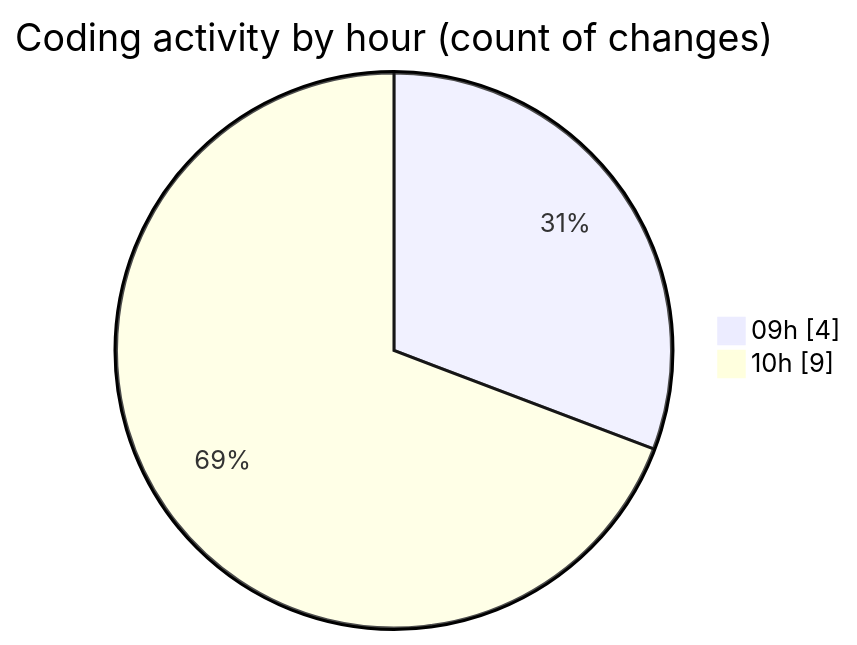
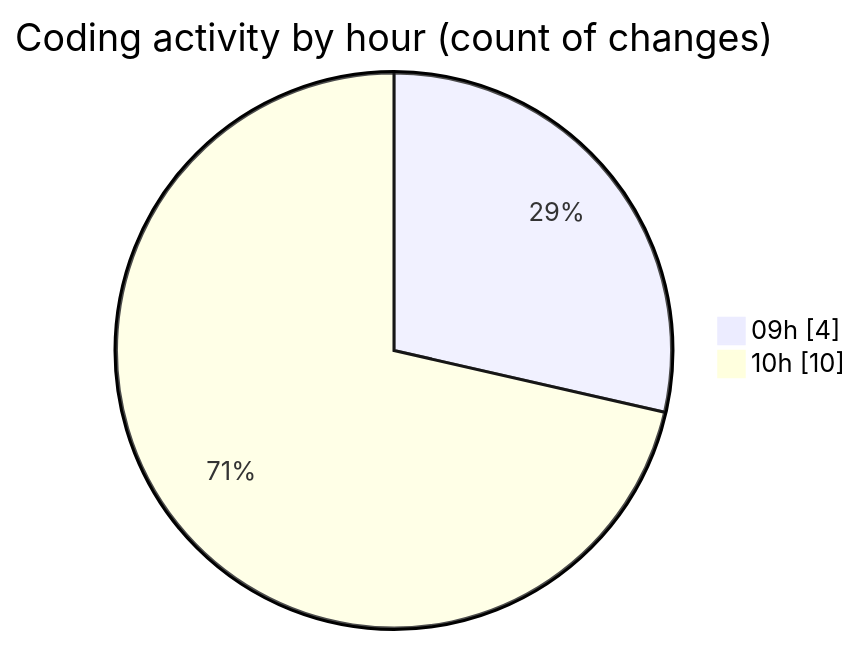
Before and after one commit to charlie-sans/code-tracking: the second of 2 diagrams in 2025-04-29/wake-lang/README.md, drawn with Mermaid. The commit also changed other lines of this file and 1 other file, not shown here.

````diff
--- a/2025-04-29/wake-lang/README.md
+++ b/2025-04-29/wake-lang/README.md
@@ -37,6 +37,6 @@
 ```mermaid
 pie showData
 title Coding activity by hour (count of changes)
 "09h" : 4
-"10h" : 9
+"10h" : 10
 ```
````
